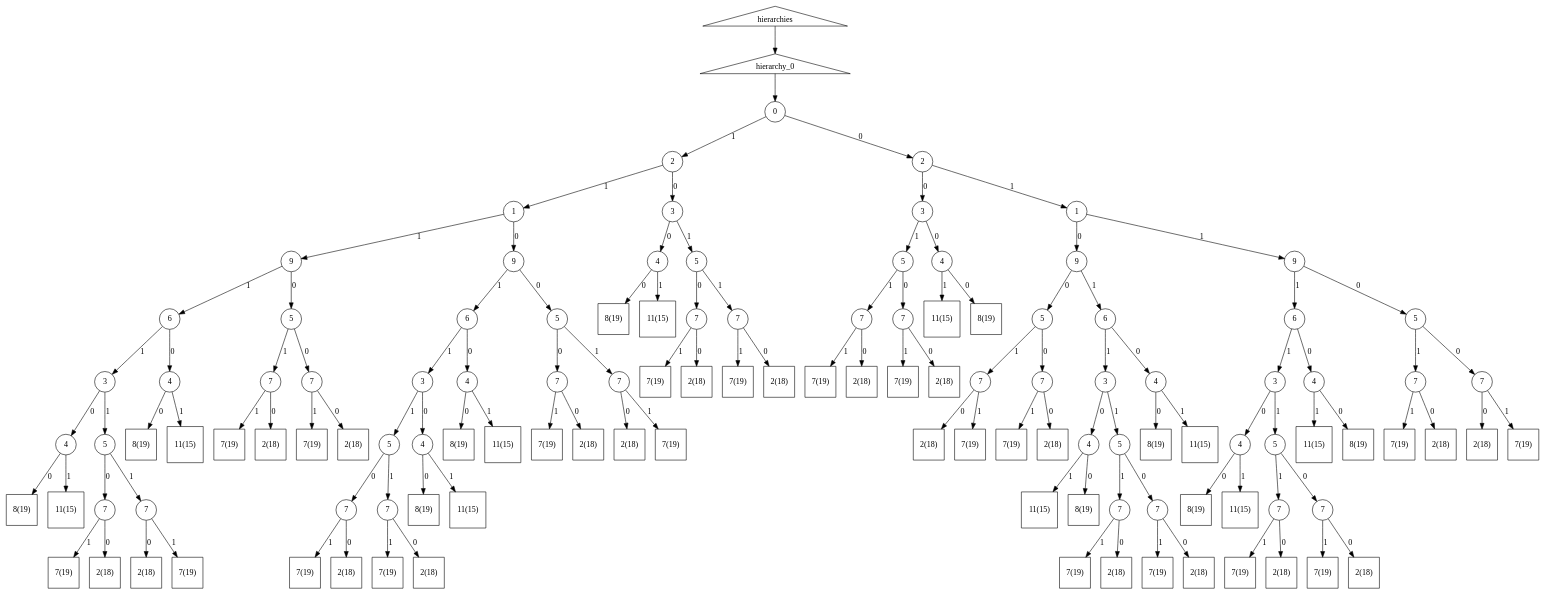
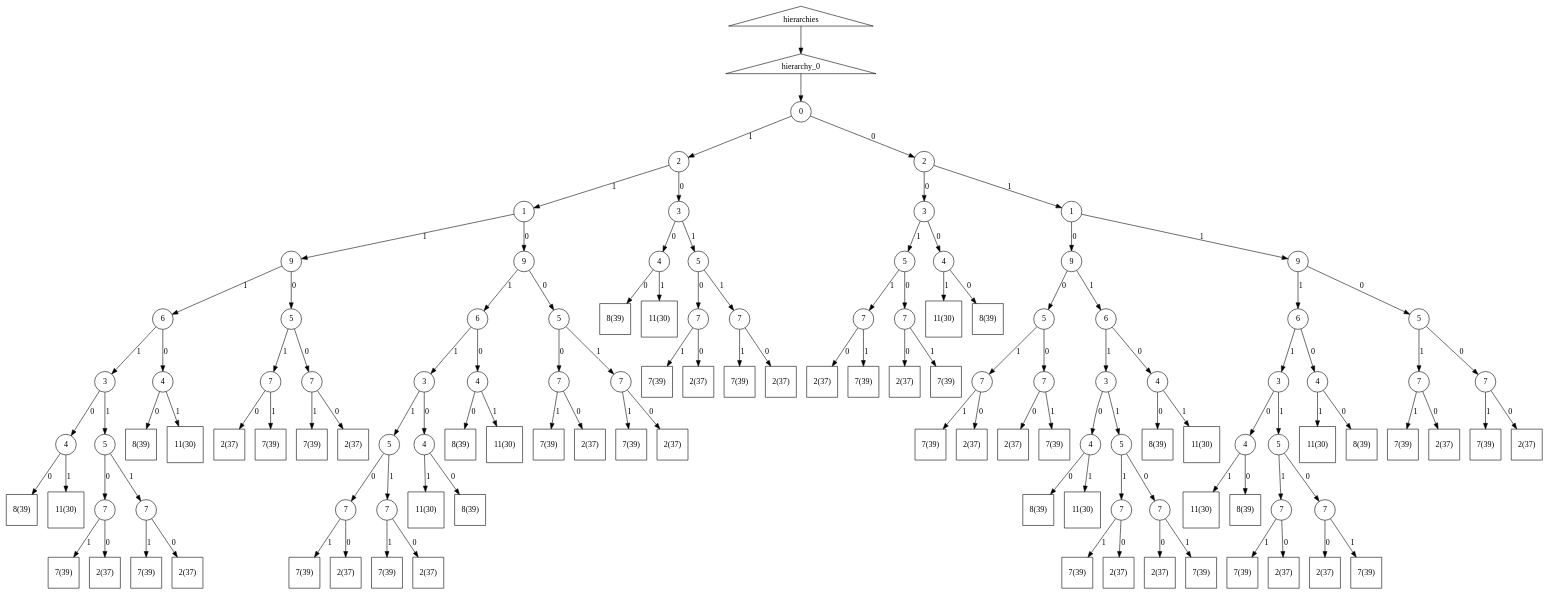
Before and after one commit to morphognosis/Mandala: the diagram in work/causations.dot, drawn with Graphviz. The commit also changed 18 other files, not shown here.

```diff
--- a/work/causations.dot
+++ b/work/causations.dot
@@ -3,122 +3,122 @@
 h0_nt0_1_2_0_3_0_4 [label="4", shape=circle];
 h0_nt0_1_2_1_1_0_9_1_6 [label="6", shape=circle];
 h0_nt0_1_2_1_1_1_9_1_6_1_3_0_4 [label="4", shape=circle];
-h0_t0_0_2_0_3_1_5_0_7_1_7 [label="7(19)", shape=square];
-h0_t0_0_2_1_1_0_9_1_6_0_4_0_8 [label="8(19)", shape=square];
-h0_t0_0_2_0_3_1_5_0_7_0_2 [label="2(18)", shape=square];
-h0_t0_1_2_0_3_0_4_0_8 [label="8(19)", shape=square];
-h0_t0_1_2_1_1_1_9_1_6_1_3_1_5_0_7_1_7 [label="7(19)", shape=square];
+h0_t0_0_2_1_1_1_9_0_5_1_7_1_7 [label="7(39)", shape=square];
+h0_t0_1_2_1_1_0_9_1_6_0_4_0_8 [label="8(39)", shape=square];
+h0_t0_1_2_1_1_0_9_1_6_1_3_1_5_0_7_1_7 [label="7(39)", shape=square];
+h0_t0_1_2_0_3_1_5_0_7_1_7 [label="7(39)", shape=square];
+h0_t0_0_2_1_1_1_9_0_5_1_7_0_2 [label="2(37)", shape=square];
 h0_nt0_1_2_1_1_1_9_1_6 [label="6", shape=circle];
-h0_t0_0_2_1_1_1_9_1_6_1_3_1_5_1_7_1_7 [label="7(19)", shape=square];
-h0_t0_1_2_1_1_1_9_0_5_1_7_1_7 [label="7(19)", shape=square];
 h0_nt0_1_2 [label="2", shape=circle];
 h0_nt0_0_2_1_1_0_9_0_5_1_7 [label="7", shape=circle];
-h0_t0_0_2_1_1_0_9_0_5_0_7_1_7 [label="7(19)", shape=square];
-h0_t0_1_2_1_1_0_9_0_5_1_7_0_2 [label="2(18)", shape=square];
-h0_t0_1_2_1_1_1_9_1_6_1_3_1_5_0_7_0_2 [label="2(18)", shape=square];
+h0_t0_0_2_1_1_1_9_1_6_1_3_1_5_0_7_0_2 [label="2(37)", shape=square];
+h0_t0_1_2_1_1_0_9_0_5_0_7_1_7 [label="7(39)", shape=square];
 h0_nt0_1_2_1_1_1_9 [label="9", shape=circle];
-h0_t0_0_2_1_1_0_9_1_6_1_3_1_5_0_7_1_7 [label="7(19)", shape=square];
+h0_t0_0_2_1_1_0_9_0_5_1_7_1_7 [label="7(39)", shape=square];
+h0_t0_1_2_0_3_1_5_0_7_0_2 [label="2(37)", shape=square];
+h0_t0_1_2_1_1_1_9_1_6_0_4_0_8 [label="8(39)", shape=square];
 h0_nt0_0_2_1_1_0_9_0_5_0_7 [label="7", shape=circle];
+h0_t0_0_2_1_1_0_9_1_6_1_3_1_5_1_7_1_7 [label="7(39)", shape=square];
 h0_nt0_1_2_1_1_1_9_1_6_1_3_1_5_0_7 [label="7", shape=circle];
-h0_t0_0_2_1_1_0_9_0_5_0_7_0_2 [label="2(18)", shape=square];
 h0 [label="hierarchy_0", shape=triangle];
 h0_nt0_0_2_1_1_0_9_1_6_1_3_0_4 [label="4", shape=circle];
-h0_t0_0_2_1_1_1_9_1_6_1_3_1_5_1_7_0_2 [label="2(18)", shape=square];
+h0_t0_0_2_1_1_0_9_1_6_1_3_0_4_0_8 [label="8(39)", shape=square];
 h0_nt0_1_2_0_3_1_5 [label="5", shape=circle];
 h0_nt0_1_2_1_1_0_9_0_5 [label="5", shape=circle];
+h0_t0_0_2_1_1_0_9_0_5_1_7_0_2 [label="2(37)", shape=square];
+h0_t0_1_2_1_1_0_9_1_6_1_3_0_4_1_11 [label="11(30)", shape=square];
 h0_nt0_1_2_1_1_1_9_1_6_1_3_1_5 [label="5", shape=circle];
 h0_nt0_1_2_1_1_0_9_1_6_1_3_1_5_0_7 [label="7", shape=circle];
-h0_t0_1_2_0_3_1_5_1_7_1_7 [label="7(19)", shape=square];
+h0_t0_1_2_1_1_1_9_1_6_1_3_1_5_1_7_1_7 [label="7(39)", shape=square];
 h0_nt0_0_2_1_1_0_9_0_5 [label="5", shape=circle];
+h0_t0_1_2_1_1_0_9_1_6_1_3_0_4_0_8 [label="8(39)", shape=square];
+h0_t0_1_2_0_3_1_5_1_7_1_7 [label="7(39)", shape=square];
 h0_nt0_1_2_1_1_0_9_0_5_0_7 [label="7", shape=circle];
 h0_nt0_1_2_1_1_1_9_1_6_1_3 [label="3", shape=circle];
 h0_nt0_0_2_0_3_1_5 [label="5", shape=circle];
-h0_t0_0_2_1_1_1_9_0_5_0_7_0_2 [label="2(18)", shape=square];
-h0_t0_1_2_0_3_1_5_1_7_0_2 [label="2(18)", shape=square];
+h0_t0_0_2_1_1_1_9_1_6_0_4_1_11 [label="11(30)", shape=square];
+h0_t0_1_2_1_1_0_9_1_6_1_3_1_5_1_7_1_7 [label="7(39)", shape=square];
 h0_nt0_0_2_1_1_0_9_1_6 [label="6", shape=circle];
 h0_nt0_0_2_1_1_1_9_1_6 [label="6", shape=circle];
 h0_nt0_0_2_1_1_0_9_1_6_1_3_1_5_1_7 [label="7", shape=circle];
-h0_t0_1_2_1_1_1_9_0_5_0_7_1_7 [label="7(19)", shape=square];
+h0_t0_1_2_1_1_0_9_1_6_1_3_1_5_1_7_0_2 [label="2(37)", shape=square];
+h0_t0_1_2_1_1_1_9_0_5_0_7_1_7 [label="7(39)", shape=square];
 h0_nt0_1_2_1_1_0_9_0_5_1_7 [label="7", shape=circle];
-h0_t0_1_2_1_1_1_9_1_6_1_3_1_5_1_7_0_2 [label="2(18)", shape=square];
-h0_t0_0_2_1_1_1_9_1_6_0_4_1_11 [label="11(15)", shape=square];
+h0_t0_1_2_1_1_1_9_0_5_0_7_0_2 [label="2(37)", shape=square];
+h0_t0_0_2_1_1_0_9_1_6_1_3_0_4_1_11 [label="11(30)", shape=square];
 h0_nt0_0_2_1_1_0_9 [label="9", shape=circle];
 h0_nt0_0_2_1_1_0_9_1_6_1_3 [label="3", shape=circle];
 h0_nt0_0_2_1_1_1_9_1_6_1_3_1_5_1_7 [label="7", shape=circle];
-h0_t0_1_2_1_1_1_9_1_6_1_3_0_4_0_8 [label="8(19)", shape=square];
+h0_t0_0_2_0_3_1_5_1_7_0_2 [label="2(37)", shape=square];
 h0_nt0_0_2_1_1_0_9_1_6_1_3_1_5 [label="5", shape=circle];
-h0_t0_1_2_1_1_0_9_0_5_0_7_1_7 [label="7(19)", shape=square];
-h0_t0_1_2_1_1_0_9_0_5_1_7_1_7 [label="7(19)", shape=square];
+h0_t0_0_2_1_1_1_9_1_6_0_4_0_8 [label="8(39)", shape=square];
+h0_t0_0_2_1_1_1_9_1_6_1_3_0_4_1_11 [label="11(30)", shape=square];
+h0_t0_0_2_1_1_1_9_1_6_1_3_1_5_0_7_1_7 [label="7(39)", shape=square];
+h0_t0_1_2_1_1_0_9_0_5_1_7_1_7 [label="7(39)", shape=square];
+h0_t0_1_2_1_1_1_9_1_6_1_3_0_4_0_8 [label="8(39)", shape=square];
+h0_t0_0_2_0_3_1_5_0_7_0_2 [label="2(37)", shape=square];
 h0_nt0_1_2_1_1_0_9 [label="9", shape=circle];
 h0_nt0_0_2 [label="2", shape=circle];
-h0_t0_0_2_1_1_1_9_1_6_0_4_0_8 [label="8(19)", shape=square];
-h0_t0_0_2_1_1_1_9_1_6_1_3_1_5_0_7_1_7 [label="7(19)", shape=square];
-h0_t0_0_2_0_3_1_5_1_7_1_7 [label="7(19)", shape=square];
-h0_t0_0_2_1_1_0_9_1_6_1_3_0_4_1_11 [label="11(15)", shape=square];
-h0_t0_0_2_1_1_1_9_1_6_1_3_0_4_0_8 [label="8(19)", shape=square];
+h0_t0_0_2_1_1_0_9_1_6_1_3_1_5_1_7_0_2 [label="2(37)", shape=square];
+h0_t0_1_2_1_1_0_9_0_5_1_7_0_2 [label="2(37)", shape=square];
 h0_nt0_1_2_1_1_0_9_1_6_1_3 [label="3", shape=circle];
-h0_t0_1_2_1_1_0_9_1_6_1_3_1_5_1_7_1_7 [label="7(19)", shape=square];
+h0_t0_1_2_1_1_1_9_0_5_1_7_0_2 [label="2(37)", shape=square];
+h0_t0_0_2_0_3_1_5_1_7_1_7 [label="7(39)", shape=square];
 h0_nt0_0_2_1_1_1_9_0_5_1_7 [label="7", shape=circle];
 h0_nt0_1_2_1_1 [label="1", shape=circle];
 h0_nt0_0_2_1_1_1_9_0_5 [label="5", shape=circle];
-h0_t0_1_2_1_1_0_9_1_6_0_4_0_8 [label="8(19)", shape=square];
-h0_t0_1_2_1_1_0_9_1_6_1_3_1_5_0_7_1_7 [label="7(19)", shape=square];
+h0_t0_0_2_1_1_1_9_1_6_1_3_0_4_0_8 [label="8(39)", shape=square];
+h0_t0_1_2_1_1_0_9_1_6_1_3_1_5_0_7_0_2 [label="2(37)", shape=square];
+h0_t0_0_2_1_1_0_9_1_6_0_4_0_8 [label="8(39)", shape=square];
+h0_t0_1_2_1_1_0_9_0_5_0_7_0_2 [label="2(37)", shape=square];
+h0_t0_0_2_0_3_1_5_0_7_1_7 [label="7(39)", shape=square];
 h0_nt0_1_2_1_1_1_9_0_5_1_7 [label="7", shape=circle];
-h0_t0_1_2_1_1_0_9_1_6_1_3_1_5_0_7_0_2 [label="2(18)", shape=square];
-h0_t0_0_2_1_1_0_9_1_6_1_3_0_4_0_8 [label="8(19)", shape=square];
+h0_t0_1_2_0_3_0_4_0_8 [label="8(39)", shape=square];
+h0_t0_0_2_1_1_0_9_0_5_0_7_0_2 [label="2(37)", shape=square];
 h0_nt0_0_2_1_1_1_9_1_6_1_3_0_4 [label="4", shape=circle];
-h0_t0_1_2_0_3_1_5_0_7_1_7 [label="7(19)", shape=square];
+h0_t0_1_2_0_3_0_4_1_11 [label="11(30)", shape=square];
 h0_nt0_1_2_1_1_1_9_0_5_0_7 [label="7", shape=circle];
-h0_t0_0_2_1_1_0_9_1_6_1_3_1_5_1_7_1_7 [label="7(19)", shape=square];
-h0_t0_0_2_1_1_1_9_0_5_1_7_1_7 [label="7(19)", shape=square];
+h0_t0_1_2_1_1_1_9_1_6_1_3_1_5_0_7_1_7 [label="7(39)", shape=square];
 h0_nt0_0_2_1_1_1_9_1_6_1_3_1_5_0_7 [label="7", shape=circle];
+h0_t0_1_2_1_1_1_9_1_6_0_4_1_11 [label="11(30)", shape=square];
 h0_nt0_0_2_0_3_1_5_1_7 [label="7", shape=circle];
-h0_t0_0_2_1_1_0_9_0_5_1_7_0_2 [label="2(18)", shape=square];
-h0_t0_1_2_0_3_1_5_0_7_0_2 [label="2(18)", shape=square];
+h0_t0_0_2_1_1_1_9_1_6_1_3_1_5_1_7_1_7 [label="7(39)", shape=square];
+h0_t0_1_2_1_1_1_9_0_5_1_7_1_7 [label="7(39)", shape=square];
+h0_t0_0_2_1_1_0_9_0_5_0_7_1_7 [label="7(39)", shape=square];
+h0_t0_0_2_1_1_0_9_1_6_1_3_1_5_0_7_0_2 [label="2(37)", shape=square];
 h0_nt0_1_2_0_3_1_5_0_7 [label="7", shape=circle];
-h0_t0_1_2_1_1_1_9_1_6_0_4_0_8 [label="8(19)", shape=square];
+h0_t0_0_2_1_1_0_9_1_6_1_3_1_5_0_7_1_7 [label="7(39)", shape=square];
 h0_nt0_0_2_0_3_1_5_0_7 [label="7", shape=circle];
 h0_nt0_0_2_1_1_1_9_1_6_1_3 [label="3", shape=circle];
+h0_t0_0_2_1_1_1_9_1_6_1_3_1_5_1_7_0_2 [label="2(37)", shape=square];
 h0_nt0 [label="0", shape=circle];
-h0_t0_0_2_1_1_1_9_1_6_1_3_0_4_1_11 [label="11(15)", shape=square];
 h0_nt0_0_2_0_3 [label="3", shape=circle];
-h0_t0_0_2_1_1_0_9_0_5_1_7_1_7 [label="7(19)", shape=square];
-h0_t0_1_2_1_1_1_9_1_6_0_4_1_11 [label="11(15)", shape=square];
-h0_t0_1_2_1_1_1_9_1_6_1_3_1_5_1_7_1_7 [label="7(19)", shape=square];
-h0_t0_1_2_0_3_0_4_1_11 [label="11(15)", shape=square];
 h0_nt0_1_2_1_1_0_9_1_6_1_3_1_5 [label="5", shape=circle];
 h0_nt0_0_2_1_1 [label="1", shape=circle];
-h0_t0_0_2_1_1_1_9_0_5_1_7_0_2 [label="2(18)", shape=square];
-h0_t0_0_2_0_3_1_5_1_7_0_2 [label="2(18)", shape=square];
+h0_t0_1_2_1_1_1_9_1_6_1_3_1_5_0_7_0_2 [label="2(37)", shape=square];
 h0_nt0_0_2_1_1_1_9_0_5_0_7 [label="7", shape=circle];
-h0_t0_0_2_1_1_1_9_1_6_1_3_1_5_0_7_0_2 [label="2(18)", shape=square];
-h0_t0_1_2_1_1_0_9_1_6_1_3_0_4_0_8 [label="8(19)", shape=square];
-h0_t0_0_2_1_1_1_9_0_5_0_7_1_7 [label="7(19)", shape=square];
+h0_t0_0_2_1_1_1_9_0_5_0_7_1_7 [label="7(39)", shape=square];
 h0_nt0_0_2_1_1_1_9_1_6_0_4 [label="4", shape=circle];
 h0_nt0_1_2_1_1_0_9_1_6_1_3_0_4 [label="4", shape=circle];
-h0_t0_1_2_1_1_1_9_1_6_1_3_0_4_1_11 [label="11(15)", shape=square];
 h0_nt0_0_2_1_1_1_9 [label="9", shape=circle];
 h0_nt0_1_2_0_3 [label="3", shape=circle];
-h0_t0_1_2_1_1_0_9_1_6_1_3_1_5_1_7_0_2 [label="2(18)", shape=square];
-h0_t0_1_2_1_1_0_9_1_6_1_3_0_4_1_11 [label="11(15)", shape=square];
+h0_t0_1_2_0_3_1_5_1_7_0_2 [label="2(37)", shape=square];
+h0_t0_0_2_1_1_0_9_1_6_0_4_1_11 [label="11(30)", shape=square];
+h0_t0_1_2_1_1_1_9_1_6_1_3_1_5_1_7_0_2 [label="2(37)", shape=square];
+h0_t0_0_2_1_1_1_9_0_5_0_7_0_2 [label="2(37)", shape=square];
 h0_nt0_0_2_0_3_0_4 [label="4", shape=circle];
 h0_nt0_1_2_0_3_1_5_1_7 [label="7", shape=circle];
-h0_t0_0_2_0_3_0_4_1_11 [label="11(15)", shape=square];
-h0_t0_0_2_0_3_0_4_0_8 [label="8(19)", shape=square];
 h0_nt0_1_2_1_1_1_9_1_6_1_3_1_5_1_7 [label="7", shape=circle];
-h0_t0_1_2_1_1_0_9_0_5_0_7_0_2 [label="2(18)", shape=square];
 h0_nt0_1_2_1_1_0_9_1_6_0_4 [label="4", shape=circle];
-h0_t0_0_2_1_1_0_9_1_6_1_3_1_5_0_7_0_2 [label="2(18)", shape=square];
-h0_t0_0_2_1_1_0_9_1_6_0_4_1_11 [label="11(15)", shape=square];
-h0_t0_0_2_1_1_0_9_1_6_1_3_1_5_1_7_0_2 [label="2(18)", shape=square];
+h0_t0_0_2_0_3_0_4_1_11 [label="11(30)", shape=square];
+h0_t0_1_2_1_1_0_9_1_6_0_4_1_11 [label="11(30)", shape=square];
 h0_nt0_1_2_1_1_1_9_0_5 [label="5", shape=circle];
-h0_t0_1_2_1_1_1_9_0_5_1_7_0_2 [label="2(18)", shape=square];
 h0_nt0_0_2_1_1_0_9_1_6_0_4 [label="4", shape=circle];
-h0_t0_1_2_1_1_0_9_1_6_0_4_1_11 [label="11(15)", shape=square];
 h0_nt0_0_2_1_1_1_9_1_6_1_3_1_5 [label="5", shape=circle];
 h0_nt0_1_2_1_1_0_9_1_6_1_3_1_5_1_7 [label="7", shape=circle];
 h0_nt0_1_2_1_1_1_9_1_6_0_4 [label="4", shape=circle];
-h0_t0_1_2_1_1_1_9_0_5_0_7_0_2 [label="2(18)", shape=square];
+h0_t0_1_2_1_1_1_9_1_6_1_3_0_4_1_11 [label="11(30)", shape=square];
+h0_t0_0_2_0_3_0_4_0_8 [label="8(39)", shape=square];
 h0_nt0_0_2_1_1_0_9_1_6_1_3_1_5_0_7 [label="7", shape=circle];
 h0_nt0_1_2_1_1_1_9_1_6_1_3_1_5_1_7 -> h0_t0_1_2_1_1_1_9_1_6_1_3_1_5_1_7_1_7 [label="1"];
 h0_nt0_0_2_0_3_1_5 -> h0_nt0_0_2_0_3_1_5_0_7 [label="0"];
```
